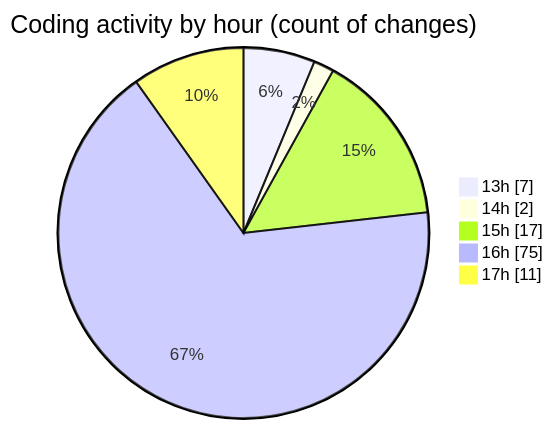
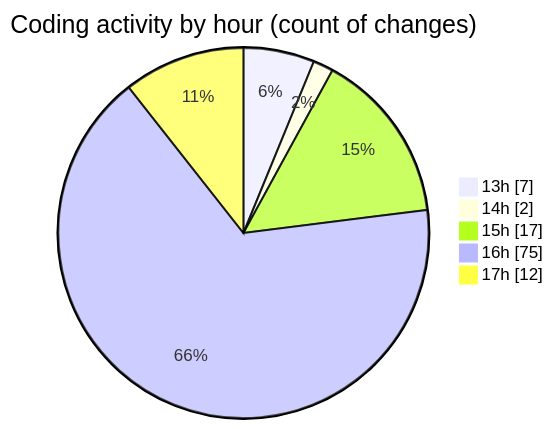
The second of 2 diagrams in 2025-02-24/micros/README.md (charlie-sans/code-tracking), drawn with Mermaid before and after one commit. The commit also changed other lines of this file and 1 other file, not shown here.

````diff
--- a/2025-02-24/micros/README.md
+++ b/2025-02-24/micros/README.md
@@ -46,9 +46,9 @@
 ```mermaid
 pie showData
 title Coding activity by hour (count of changes)
 "13h" : 7
 "14h" : 2
 "15h" : 17
 "16h" : 75
-"17h" : 11
+"17h" : 12
 ```
````
